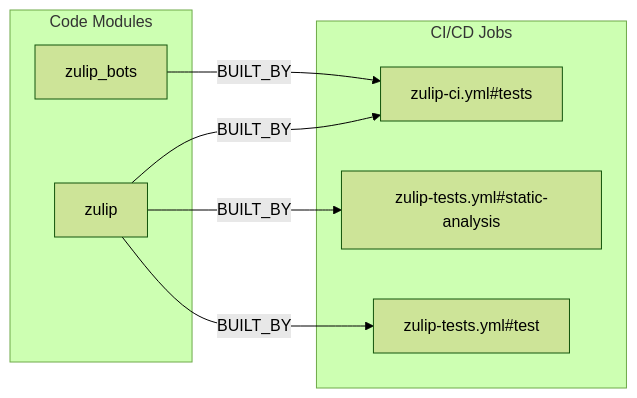
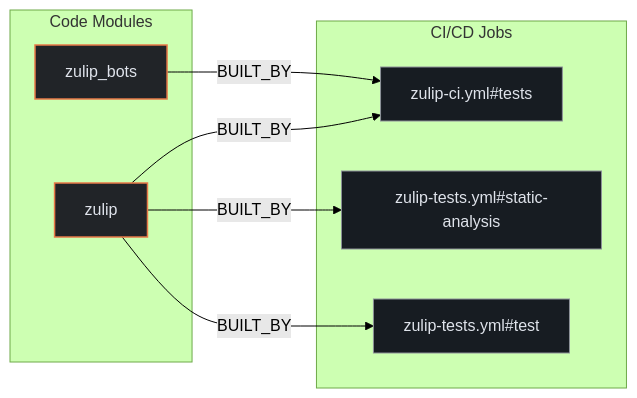
One commit to kumarshaz/atruss-code-atlas changed the second of 3 diagrams in exports/latest/reports/zulip-python-zulip-api-report.md. Above: the diagram before and after it, drawn with Mermaid (forest theme). The commit also changed other lines of this file and 331 other files, not shown here.

Commit message:
docs,ui,fix: update SDLC docs, reorder CI/CD DAG first, stylize Mermaid, and fix Arc42 pipeline topology

````diff
--- a/exports/latest/reports/zulip-python-zulip-api-report.md
+++ b/exports/latest/reports/zulip-python-zulip-api-report.md
@@ -145,16 +152,20 @@
 ```mermaid
 flowchart LR
+    classDef atlasCategory fill:#212428,stroke:#E87A48,stroke-width:1.5px,color:#dfe3eb
+    classDef atlasWorkflow fill:#1b2026,stroke:#a3c9ff,stroke-width:1.5px,color:#dfe3eb
+    classDef atlasJob fill:#171c22,stroke:#8d9199,stroke-width:1px,color:#dfe3eb
+    classDef atlasTarget fill:#005227,stroke:#8bd99b,stroke-width:1.5px,color:#a7f6b6
     subgraph code_modules["Code Modules"]
-        mod_zulip["zulip"]
-        mod_zulip_bots["zulip_bots"]
+        mod_zulip["zulip"]:::atlasCategory
+        mod_zulip_bots["zulip_bots"]:::atlasCategory
     end
     subgraph ci_jobs["CI/CD Jobs"]
-        job_zulip_ci_yml_tests["zulip-ci.yml#tests"]
-        job_zulip_tests_yml_static_analysis["zulip-tests.yml#static-analysis"]
-        job_zulip_tests_yml_test["zulip-tests.yml#test"]
+        job_zulip_ci_yml_tests["zulip-ci.yml#tests"]:::atlasJob
+        job_zulip_tests_yml_static_analysis["zulip-tests.yml#static-analysis"]:::atlasJob
+        job_zulip_tests_yml_test["zulip-tests.yml#test"]:::atlasJob
     end
     mod_zulip -->|BUILT_BY| job_zulip_ci_yml_tests
     mod_zulip -->|BUILT_BY| job_zulip_tests_yml_static_analysis
     mod_zulip -->|BUILT_BY| job_zulip_tests_yml_test
     mod_zulip_bots -->|BUILT_BY| job_zulip_ci_yml_tests
 ```
````
